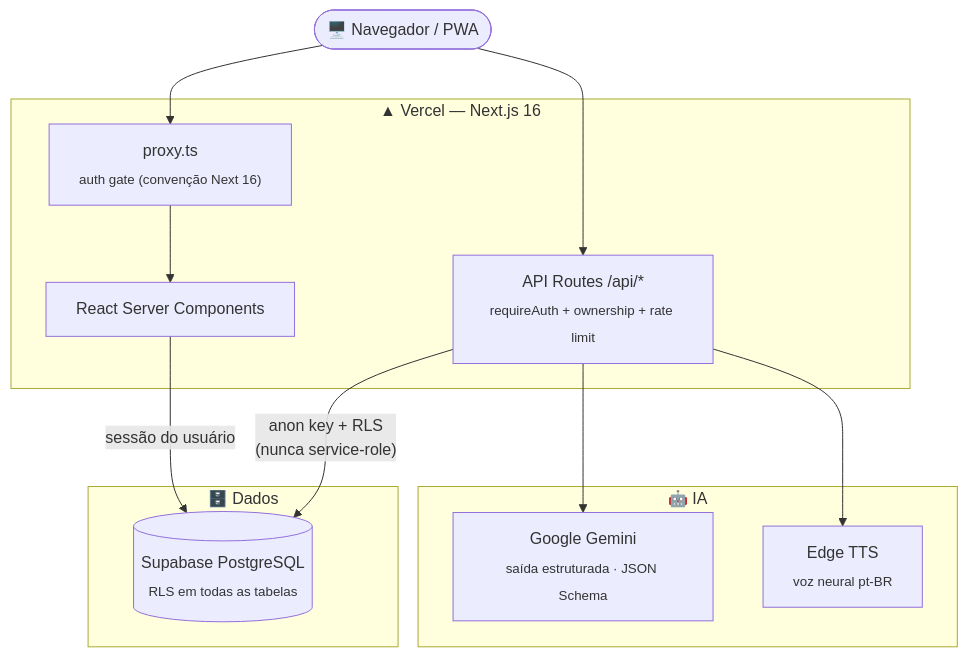
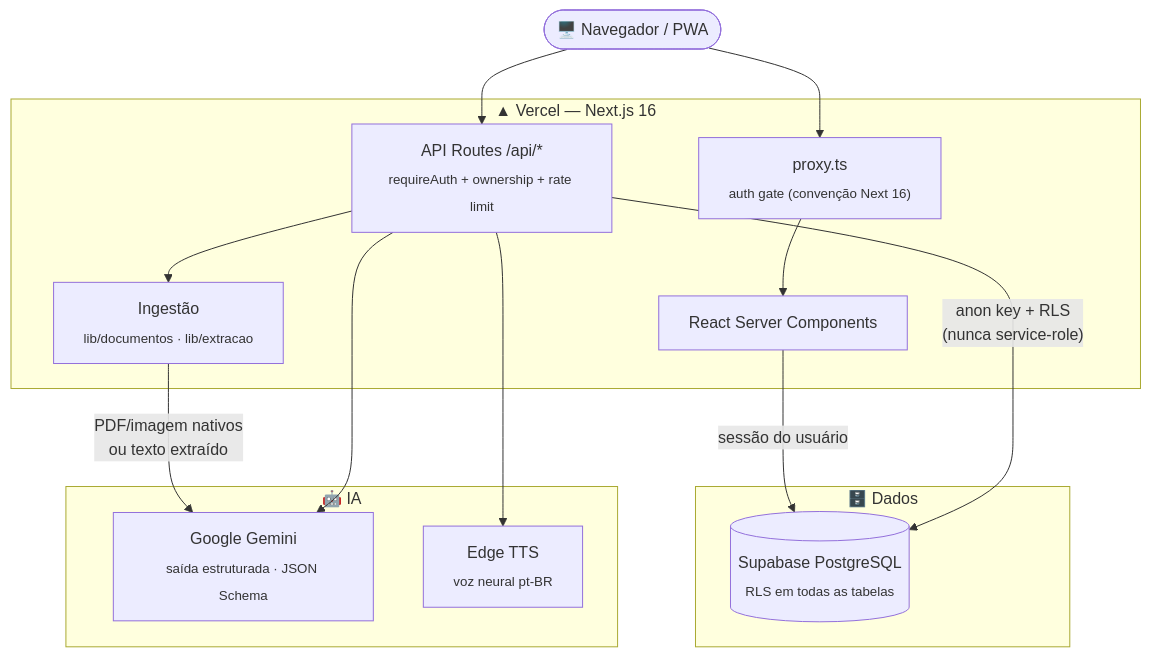
Before and after one commit to cielioqueiroz/gabarito_AI: the third of 4 diagrams in README.md, drawn with Mermaid. The commit also changed other lines of this file and 21 other files, not shown here.

````diff
--- a/README.md
+++ b/README.md
@@ -67,26 +145,29 @@
 ```mermaid
 flowchart TB
     B(["🖥️ Navegador / PWA"])
 
     subgraph V["▲ Vercel — Next.js 16"]
         P["proxy.ts<br/><sub>auth gate (convenção Next 16)</sub>"]
         R["React Server Components"]
         A["API Routes /api/*<br/><sub>requireAuth + ownership + rate limit</sub>"]
+        I["Ingestão<br/><sub>lib/documentos · lib/extracao</sub>"]
     end
 
     subgraph D["🗄️ Dados"]
         S[("Supabase PostgreSQL<br/><sub>RLS em todas as tabelas</sub>")]
     end
 
     subgraph IA["🤖 IA"]
         G["Google Gemini<br/><sub>saída estruturada · JSON Schema</sub>"]
         T["Edge TTS<br/><sub>voz neural pt-BR</sub>"]
     end
 
     B --> P --> R
     B --> A
+    A --> I
     R -->|"sessão do usuário"| S
     A -->|"anon key + RLS<br/>(nunca service-role)"| S
+    I -->|"PDF/imagem nativos<br/>ou texto extraído"| G
     A --> G
     A --> T
 ```
````
